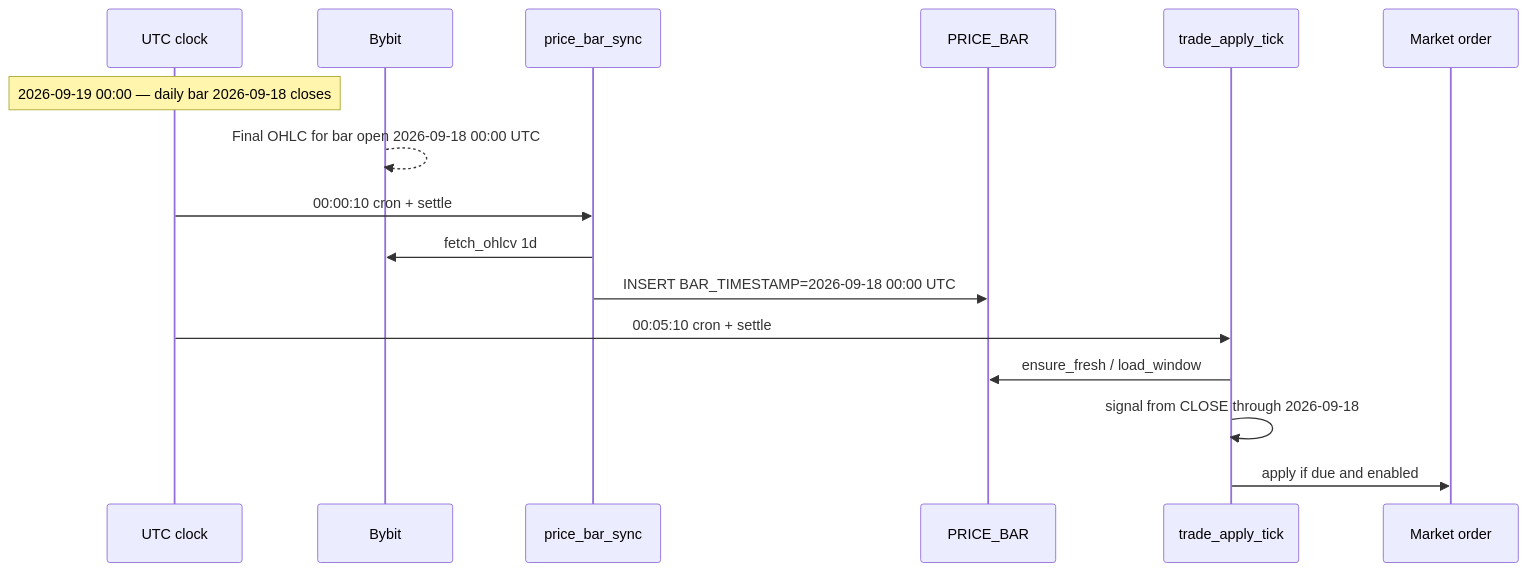
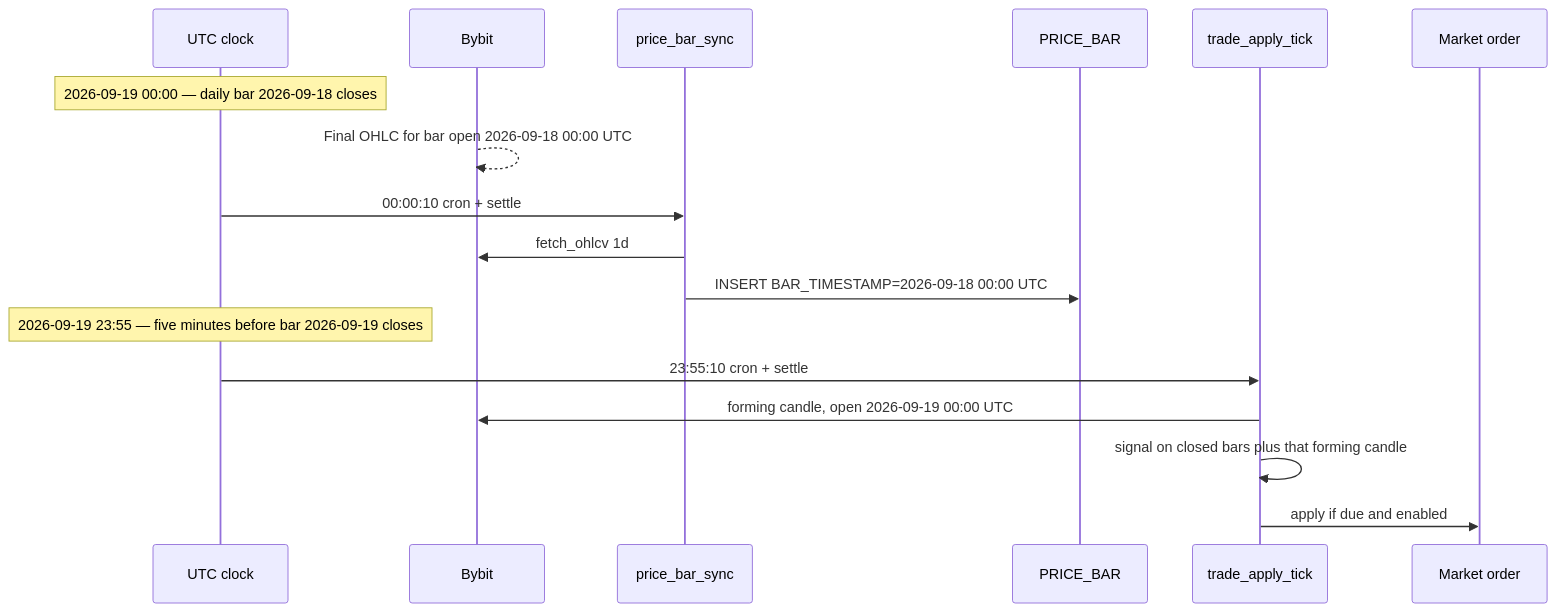
Before and after one commit to alfred1123/Quant_Strategies: the diagram in docs/design/ccxt-bar-timezones.md, drawn with Mermaid. The commit also changed other lines of this file and 15 other files, not shown here.

````diff
--- a/docs/design/ccxt-bar-timezones.md
+++ b/docs/design/ccxt-bar-timezones.md
@@ -129,19 +119,20 @@
 ```mermaid
 sequenceDiagram
     participant UTC as UTC clock
     participant Ex as Bybit
     participant Warm as price_bar_sync
     participant DB as PRICE_BAR
     participant Tick as trade_apply_tick
     participant Ord as Market order
 
     Note over UTC: 2026-09-19 00:00 — daily bar 2026-09-18 closes
     Ex-->>Ex: Final OHLC for bar open 2026-09-18 00:00 UTC
     UTC->>Warm: 00:00:10 cron + settle
     Warm->>Ex: fetch_ohlcv 1d
     Warm->>DB: INSERT BAR_TIMESTAMP=2026-09-18 00:00 UTC
-    UTC->>Tick: 00:05:10 cron + settle
-    Tick->>DB: ensure_fresh / load_window
-    Tick->>Tick: signal from CLOSE through 2026-09-18
+    Note over UTC: 2026-09-19 23:55 — five minutes before bar 2026-09-19 closes
+    UTC->>Tick: 23:55:10 cron + settle
+    Tick->>Ex: forming candle, open 2026-09-19 00:00 UTC
+    Tick->>Tick: signal on closed bars plus that forming candle
     Tick->>Ord: apply if due and enabled
 ```
````
